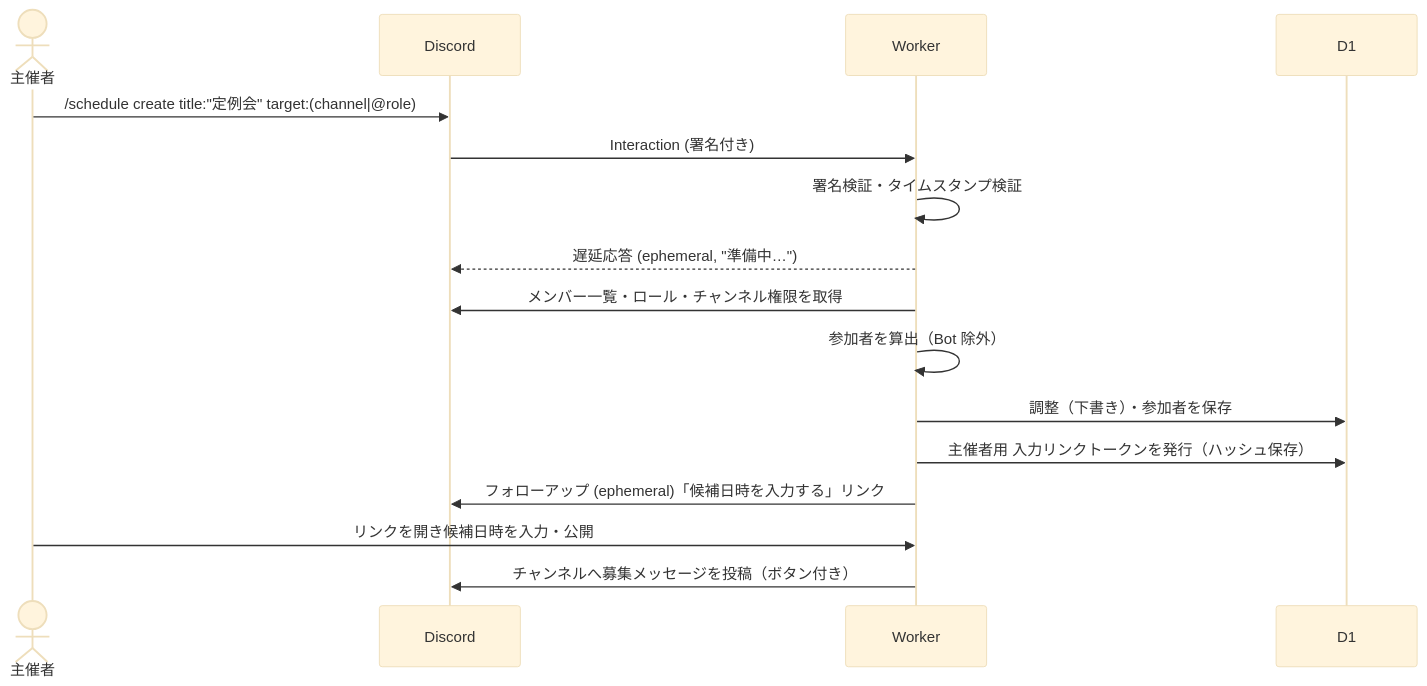
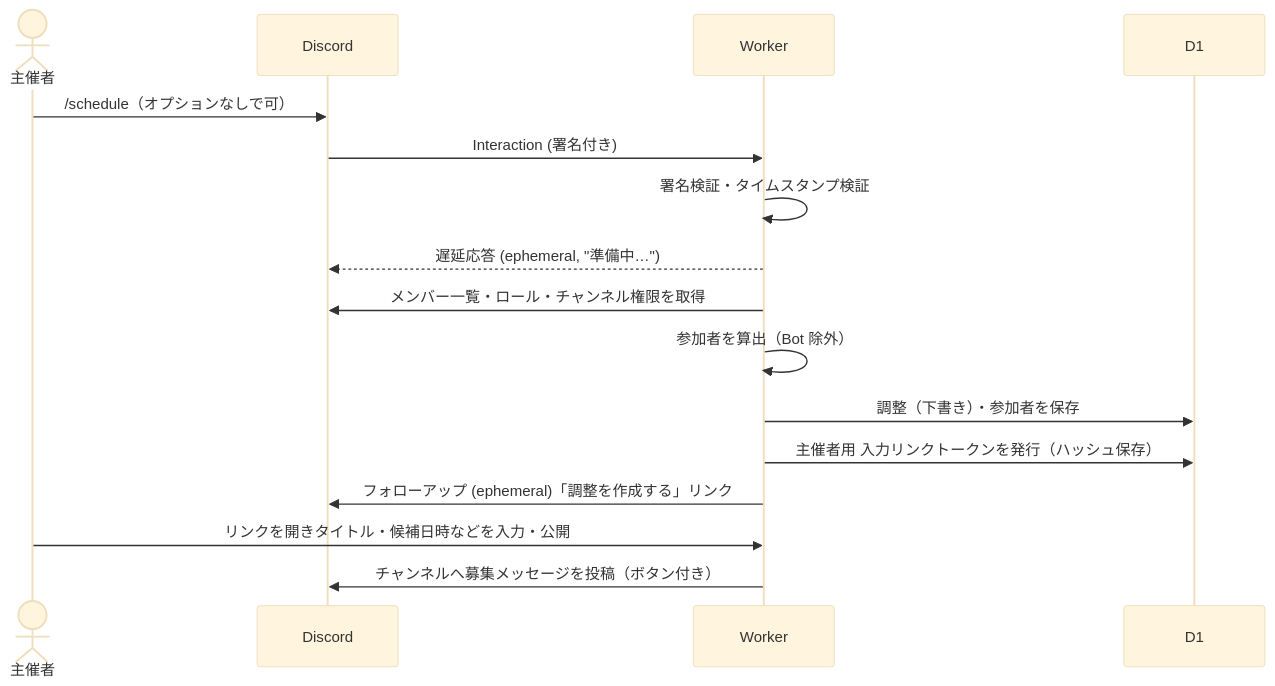
Before and after one commit to etlit-r/DIscheduler: the second of 5 diagrams in docs/design.md, drawn with Mermaid (base theme). The commit also changed other lines of this file and 4 other files, not shown here.

````diff
--- a/docs/design.md
+++ b/docs/design.md
@@ -108,19 +109,19 @@
 ```mermaid
 sequenceDiagram
   actor O as 主催者
   participant D as Discord
   participant W as Worker
   participant DB as D1
 
-  O->>D: /schedule create title:"定例会" target:(channel|@role)
+  O->>D: /schedule（オプションなしで可）
   D->>W: Interaction (署名付き)
   W->>W: 署名検証・タイムスタンプ検証
   W-->>D: 遅延応答 (ephemeral, "準備中…")
   W->>D: メンバー一覧・ロール・チャンネル権限を取得
   W->>W: 参加者を算出（Bot 除外）
   W->>DB: 調整（下書き）・参加者を保存
   W->>DB: 主催者用 入力リンクトークンを発行（ハッシュ保存）
-  W->>D: フォローアップ (ephemeral)「候補日時を入力する」リンク
-  O->>W: リンクを開き候補日時を入力・公開
+  W->>D: フォローアップ (ephemeral)「調整を作成する」リンク
+  O->>W: リンクを開きタイトル・候補日時などを入力・公開
   W->>D: チャンネルへ募集メッセージを投稿（ボタン付き）
 ```
````
